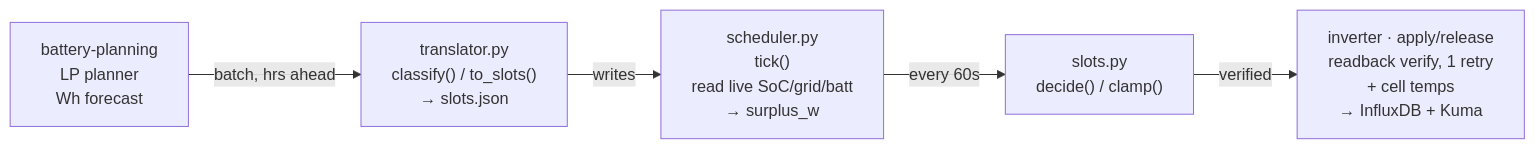
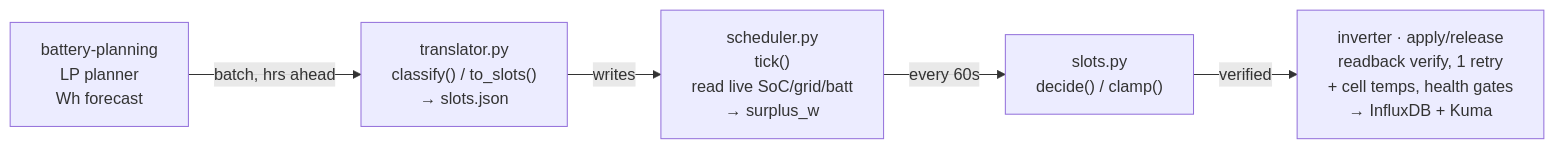
The first of 3 diagrams in docs/DISPATCH-FLOW.md (sandeepthukral/alphaess-collector), drawn with Mermaid before and after one commit. The commit also changed other lines of this file and 7 other files, not shown here.

````diff
--- a/docs/DISPATCH-FLOW.md
+++ b/docs/DISPATCH-FLOW.md
@@ -10,7 +10,7 @@
 ```mermaid
 flowchart LR
     P["battery-planning<br/>LP planner<br/>Wh forecast"] -->|batch, hrs ahead| T
     T["translator.py<br/>classify() / to_slots()<br/>→ slots.json"] -->|writes| S
     S["scheduler.py<br/>tick()<br/>read live SoC/grid/batt<br/>→ surplus_w"] -->|every 60s| D
-    D["slots.py<br/>decide() / clamp()"] -->|verified| I["inverter · apply/release<br/>readback verify, 1 retry<br/>+ cell temps<br/>→ InfluxDB + Kuma"]
+    D["slots.py<br/>decide() / clamp()"] -->|verified| I["inverter · apply/release<br/>readback verify, 1 retry<br/>+ cell temps, health gates<br/>→ InfluxDB + Kuma"]
 ```
````
